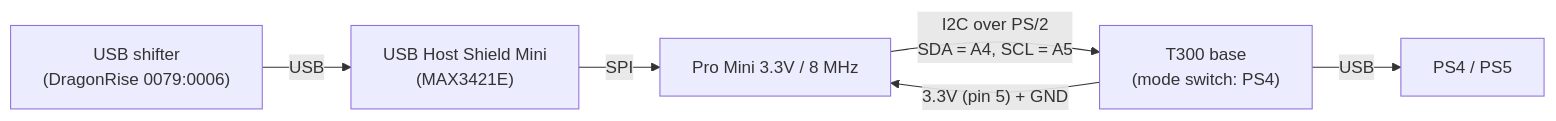
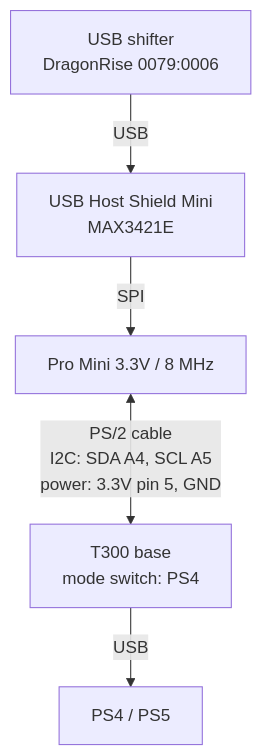
Before and after one commit to Gutchynsky/USB-Shifter-to-Thrustmaster-Wheelbase: the first of 2 diagrams in README.md, drawn with Mermaid. The commit also changed other lines of this file and 2 other files, not shown here.

Commit message:
README: fix overview diagram layout, add finished build photos

````diff
--- a/README.md
+++ b/README.md
@@ -53,8 +53,7 @@
 ```mermaid
-flowchart LR
-    S["USB shifter<br/>(DragonRise 0079:0006)"] -->|USB| H["USB Host Shield Mini<br/>(MAX3421E)"]
+flowchart TB
+    S["USB shifter<br/>DragonRise 0079:0006"] -->|USB| H["USB Host Shield Mini<br/>MAX3421E"]
     H -->|SPI| P["Pro Mini 3.3V / 8 MHz"]
-    P -->|"I2C over PS/2<br/>SDA = A4, SCL = A5"| B["T300 base<br/>(mode switch: PS4)"]
-    B -->|"3.3V (pin 5) + GND"| P
+    P <-->|"PS/2 cable<br/>I2C: SDA A4, SCL A5<br/>power: 3.3V pin 5, GND"| B["T300 base<br/>mode switch: PS4"]
     B -->|USB| C["PS4 / PS5"]
 ```
````
